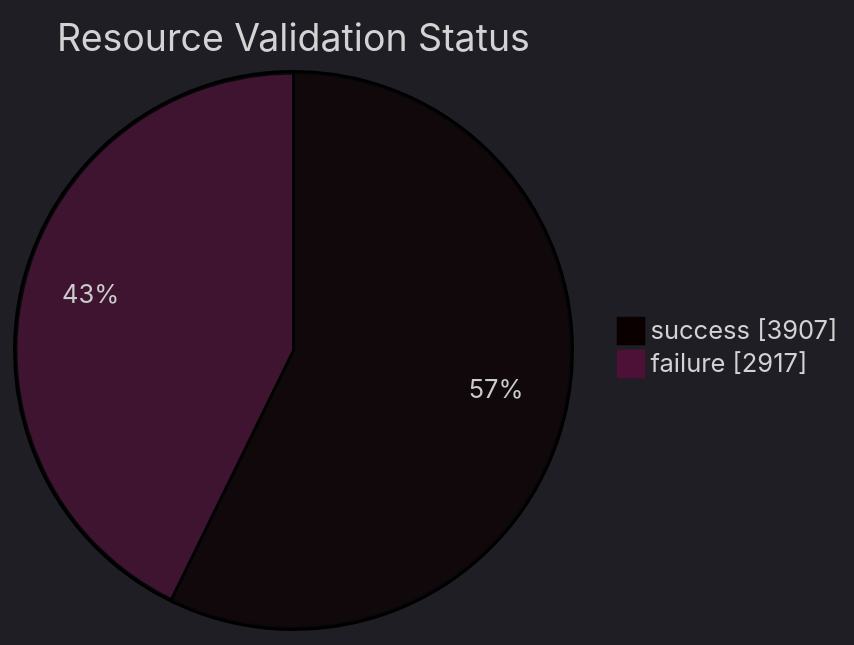
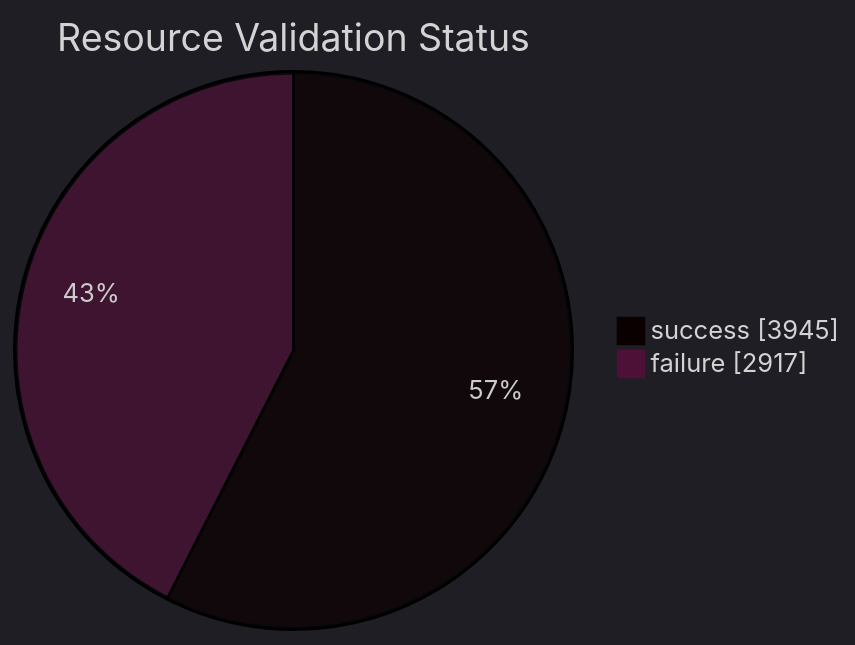
One commit to open-data/analytics-corporate-reporting changed the diagram in datastore_tracker/resource_validation_status_pie_chart.md. Above: the diagram before and after it, drawn with Mermaid. The commit also changed 9 other files, not shown here.

````diff
--- a/datastore_tracker/resource_validation_status_pie_chart.md
+++ b/datastore_tracker/resource_validation_status_pie_chart.md
@@ -2,9 +2,9 @@
 ```mermaid
 ---
 config:
   theme: dark
 ---
 pie showData title Resource Validation Status
-    "success": 3907
+    "success": 3945
     "failure": 2917
 ```
````
